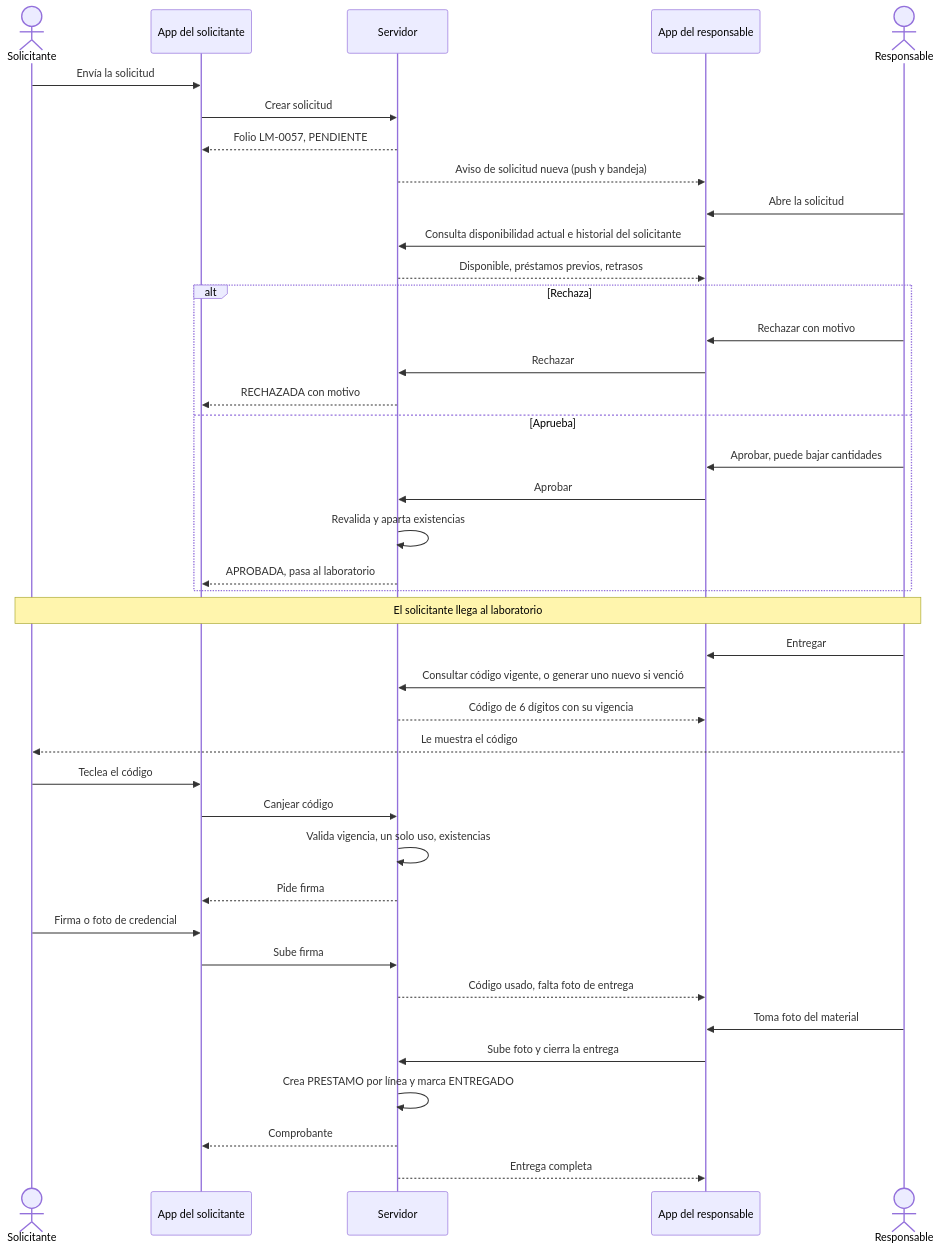
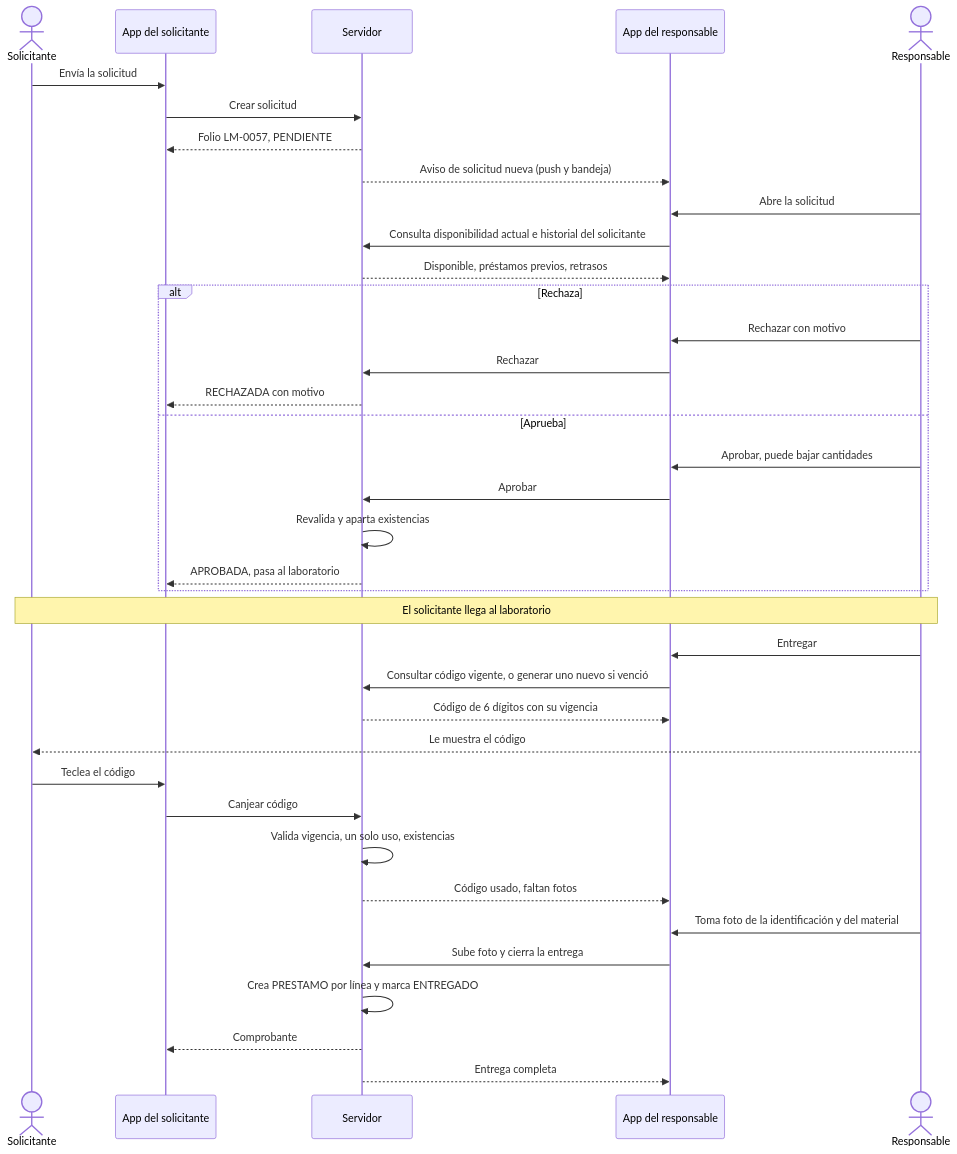
One commit to JaimeLug/InventarioMaker changed the tenth of 24 diagrams in docs/flujos.md. Above: the diagram before and after it, drawn with Mermaid. The commit also changed other lines of this file and 25 other files, not shown here.

````diff
--- a/docs/flujos.md
+++ b/docs/flujos.md
@@ -617,43 +650,40 @@
 ```mermaid
 sequenceDiagram
     actor S as Solicitante
     participant AS as App del solicitante
     participant SV as Servidor
     participant AR as App del responsable
     actor R as Responsable
 
     S->>AS: Envía la solicitud
     AS->>SV: Crear solicitud
     SV-->>AS: Folio LM-0057, PENDIENTE
     SV-->>AR: Aviso de solicitud nueva (push y bandeja)
     R->>AR: Abre la solicitud
     AR->>SV: Consulta disponibilidad actual e historial del solicitante
     SV-->>AR: Disponible, préstamos previos, retrasos
     alt Rechaza
         R->>AR: Rechazar con motivo
         AR->>SV: Rechazar
         SV-->>AS: RECHAZADA con motivo
     else Aprueba
         R->>AR: Aprobar, puede bajar cantidades
         AR->>SV: Aprobar
         SV->>SV: Revalida y aparta existencias
         SV-->>AS: APROBADA, pasa al laboratorio
     end
     Note over S,R: El solicitante llega al laboratorio
     R->>AR: Entregar
     AR->>SV: Consultar código vigente, o generar uno nuevo si venció
     SV-->>AR: Código de 6 dígitos con su vigencia
     R-->>S: Le muestra el código
     S->>AS: Teclea el código
     AS->>SV: Canjear código
     SV->>SV: Valida vigencia, un solo uso, existencias
-    SV-->>AS: Pide firma
-    S->>AS: Firma o foto de credencial
-    AS->>SV: Sube firma
-    SV-->>AR: Código usado, falta foto de entrega
-    R->>AR: Toma foto del material
+    SV-->>AR: Código usado, faltan fotos
+    R->>AR: Toma foto de la identificación y del material
     AR->>SV: Sube foto y cierra la entrega
     SV->>SV: Crea PRESTAMO por línea y marca ENTREGADO
     SV-->>AS: Comprobante
     SV-->>AR: Entrega completa
 ```
````
